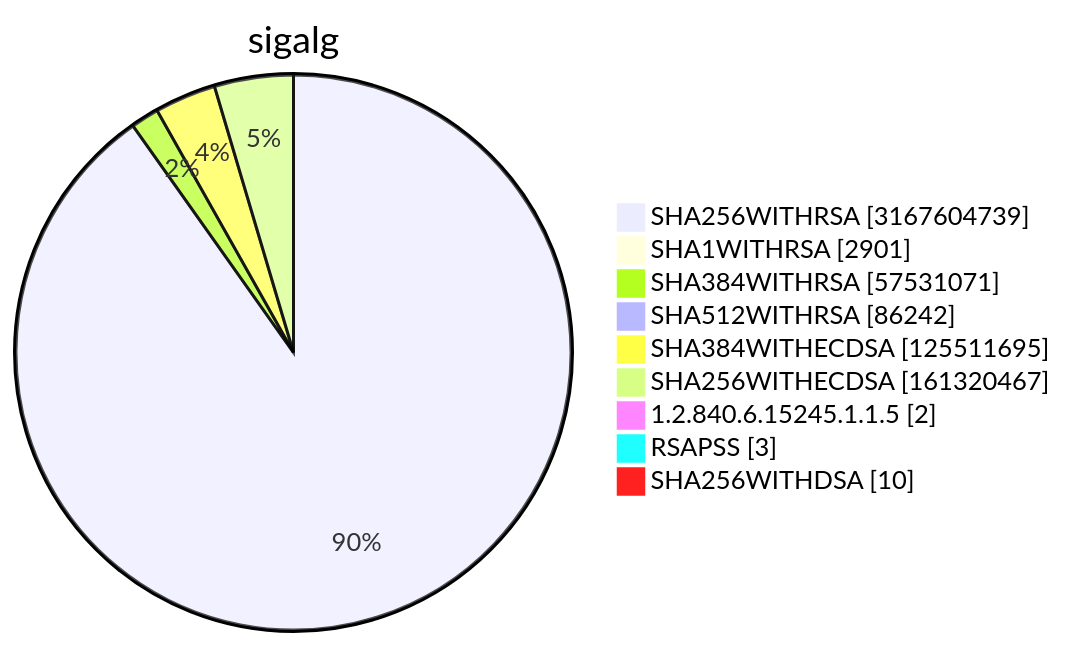
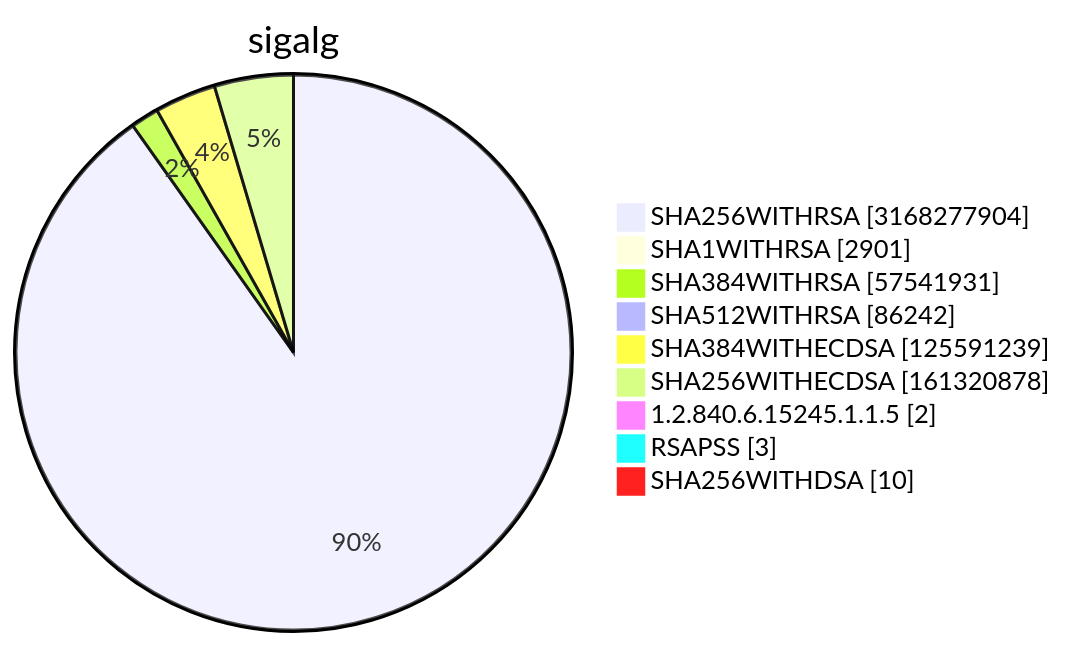
Diagram 15 of 15 in TOTAL/README.md (christiankrug/ctmonitor_visualization), drawn with Mermaid before and after one commit. The commit also changed other lines of this file, not shown here.

````diff
--- a/TOTAL/README.md
+++ b/TOTAL/README.md
@@ -6215,13 +6215,13 @@
 ```mermaid
 pie showData
 title sigalg
-"SHA256WITHRSA" :3167604739
+"SHA256WITHRSA" :3168277904
 "SHA1WITHRSA" :2901
-"SHA384WITHRSA" :57531071
+"SHA384WITHRSA" :57541931
 "SHA512WITHRSA" :86242
-"SHA384WITHECDSA" :125511695
-"SHA256WITHECDSA" :161320467
+"SHA384WITHECDSA" :125591239
+"SHA256WITHECDSA" :161320878
 "1.2.840.6.15245.1.1.5" :2
 "RSAPSS" :3
 "SHA256WITHDSA" :10
 ```
````
